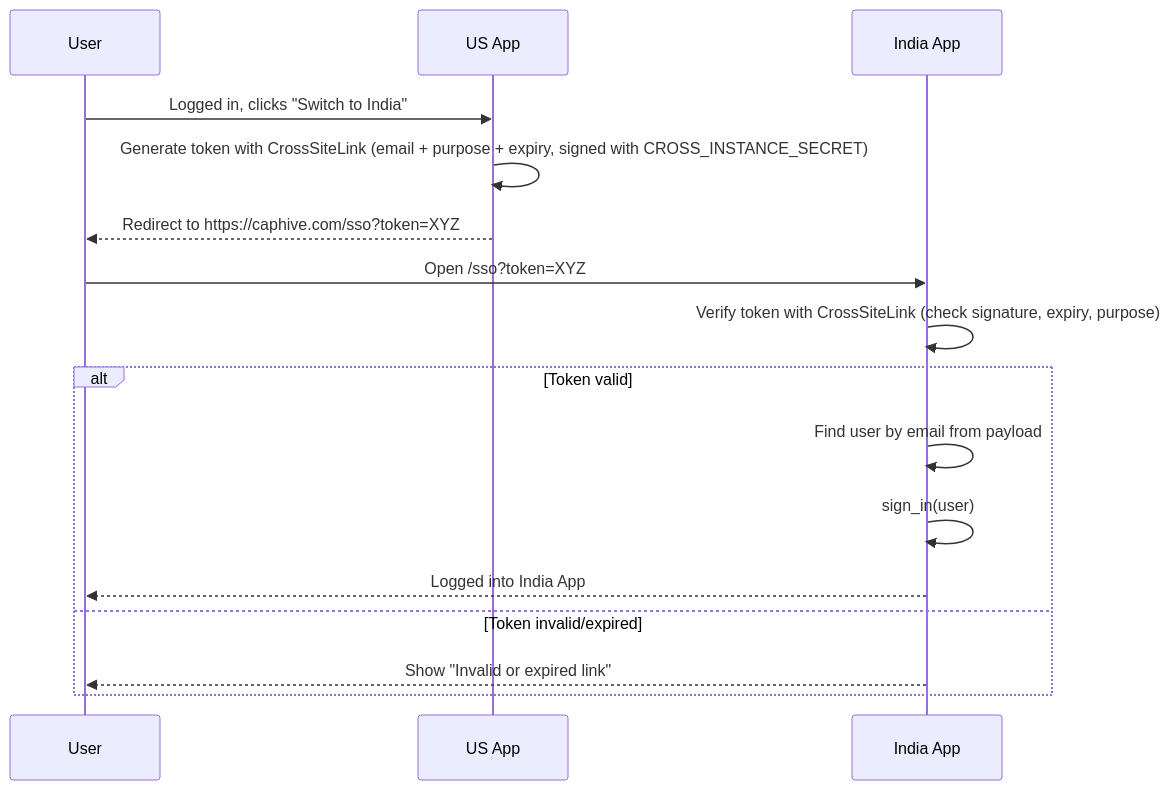
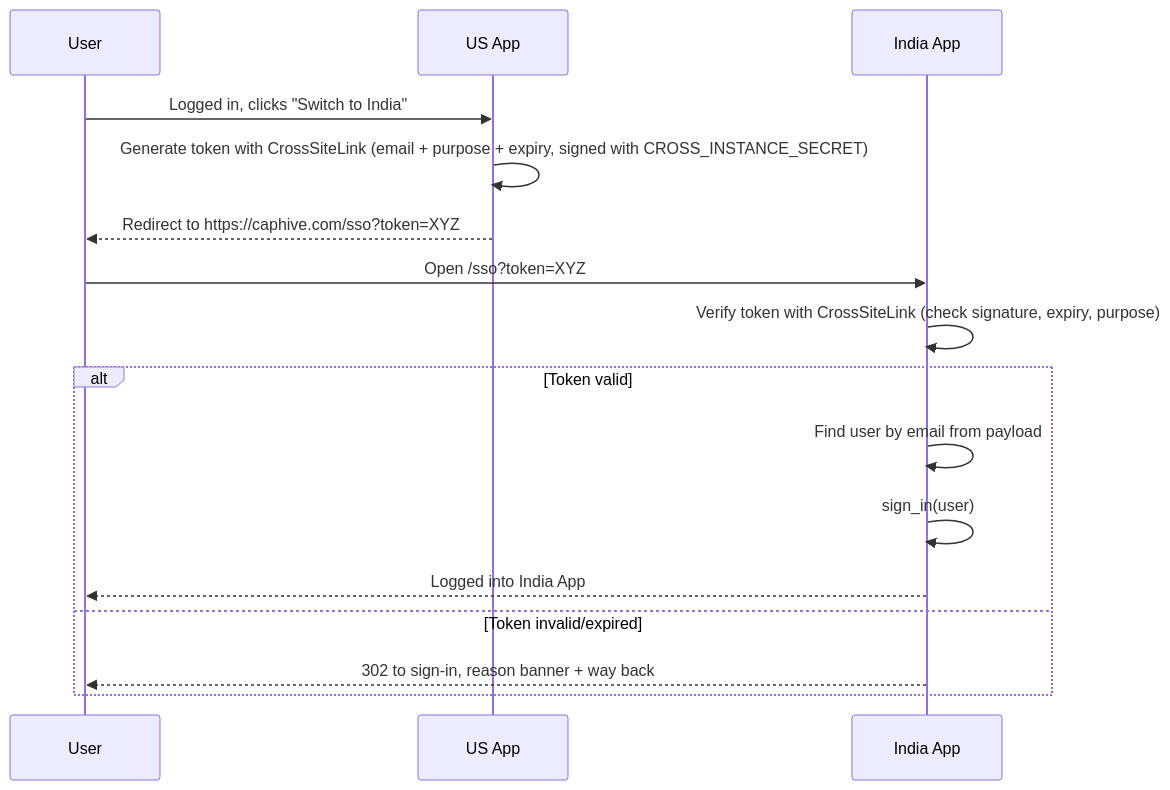
Before and after one commit to sampadadiwan/IRM_CompanyMain: the third of 4 diagrams in app/packs/core/users/services/cross_instance_login.md, drawn with Mermaid. The commit also changed other lines of this file and 56 other files, not shown here.

````diff
--- a/app/packs/core/users/services/cross_instance_login.md
+++ b/app/packs/core/users/services/cross_instance_login.md
@@ -248,19 +382,19 @@
 ```mermaid
 sequenceDiagram
     participant User
     participant US_App as US App
     participant India_App as India App
 
     User->>US_App: Logged in, clicks "Switch to India"
     US_App->>US_App: Generate token with CrossSiteLink (email + purpose + expiry, signed with CROSS_INSTANCE_SECRET)
     US_App-->>User: Redirect to https://caphive.com/sso?token=XYZ
     User->>India_App: Open /sso?token=XYZ
     India_App->>India_App: Verify token with CrossSiteLink (check signature, expiry, purpose)
     alt Token valid
         India_App->>India_App: Find user by email from payload
         India_App->>India_App: sign_in(user)
         India_App-->>User: Logged into India App
     else Token invalid/expired
-        India_App-->>User: Show "Invalid or expired link"
+        India_App-->>User: 302 to sign-in, reason banner + way back
     end
   ```
````
